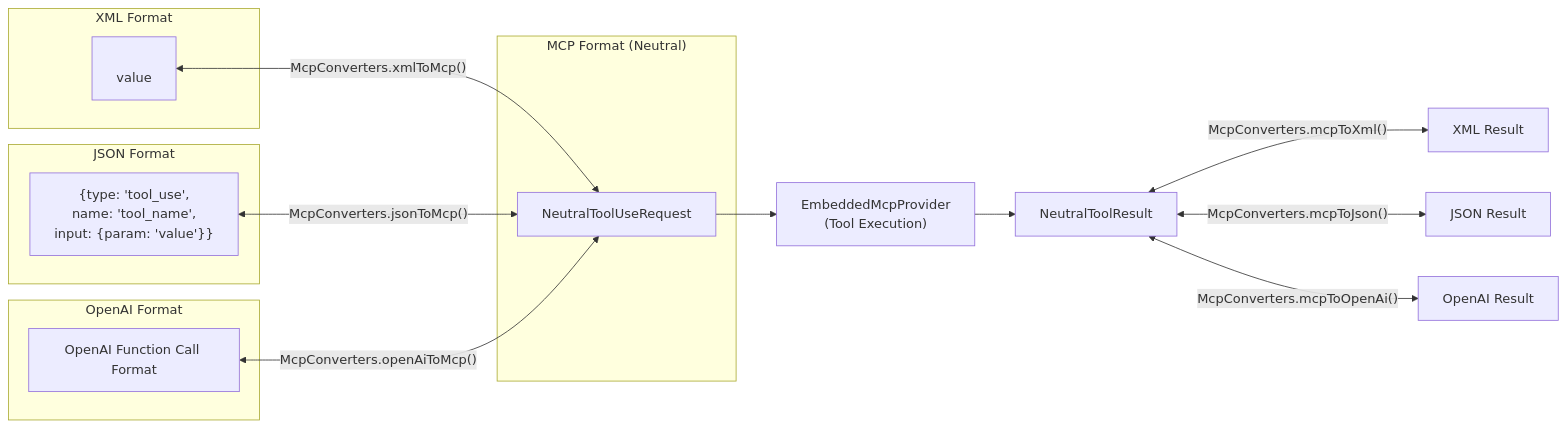
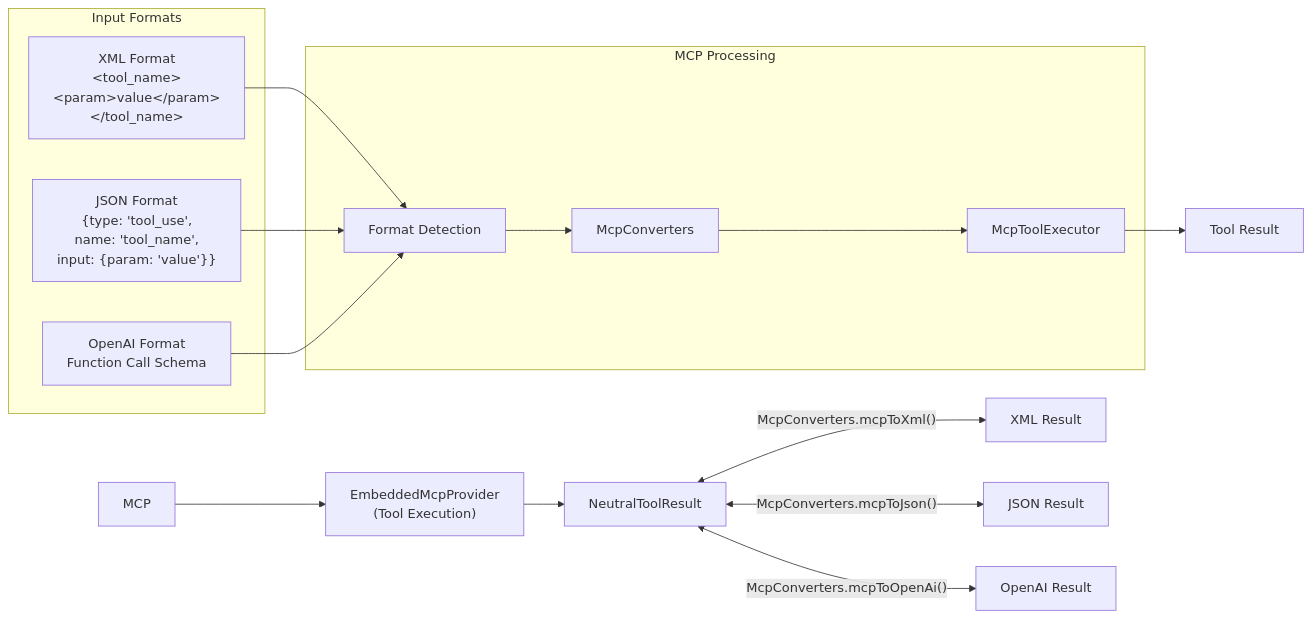
Before and after one commit to sydneyrenee/Thea-Code: the third of 3 diagrams in cline_docs/architectural_notes/api_handlers/unified_architecture.md, drawn with Mermaid. The commit also changed other lines of this file and 4 other files, not shown here.

Commit message:
Update architectural documentation with current MCP implementation

````diff
--- a/cline_docs/architectural_notes/api_handlers/unified_architecture.md
+++ b/cline_docs/architectural_notes/api_handlers/unified_architecture.md
@@ -137,29 +151,28 @@
 ```mermaid
 flowchart LR
-    subgraph "XML Format"
-        XML["<tool_name>\n<param>value</param>\n</tool_name>"]
+    subgraph "Input Formats"
+        XML["XML Format\n&lt;tool_name&gt;\n&lt;param&gt;value&lt;/param&gt;\n&lt;/tool_name&gt;"]
+        JSON["JSON Format\n{type: 'tool_use',\nname: 'tool_name',\ninput: {param: 'value'}}"]
+        OPENAI["OpenAI Format\nFunction Call Schema"]
     end
     
-    subgraph "JSON Format"
-        JSON["{type: 'tool_use',\nname: 'tool_name',\ninput: {param: 'value'}}"]
+    subgraph "MCP Processing"
+        DETECT[Format Detection]
+        CONVERT[McpConverters]
+        EXECUTE[McpToolExecutor]
     end
     
-    subgraph "OpenAI Format"
-        OpenAI["OpenAI Function Call Format"]
-    end
-    
-    subgraph "MCP Format (Neutral)"
-        MCP["NeutralToolUseRequest"]
-    end
-    
-    XML <--"McpConverters.xmlToMcp()"--> MCP
-    JSON <--"McpConverters.jsonToMcp()"--> MCP
-    OpenAI <--"McpConverters.openAiToMcp()"--> MCP
+    XML --> DETECT
+    JSON --> DETECT
+    OPENAI --> DETECT
+    DETECT --> CONVERT
+    CONVERT --> EXECUTE
+    EXECUTE --> RESULT[Tool Result]
     
     MCP --> EMCP["EmbeddedMcpProvider\n(Tool Execution)"]
     EMCP --> Result["NeutralToolResult"]
     
     Result <--"McpConverters.mcpToXml()"--> XMLResult["XML Result"]
     Result <--"McpConverters.mcpToJson()"--> JSONResult["JSON Result"]
     Result <--"McpConverters.mcpToOpenAi()"--> OpenAIResult["OpenAI Result"]
 ```
````
